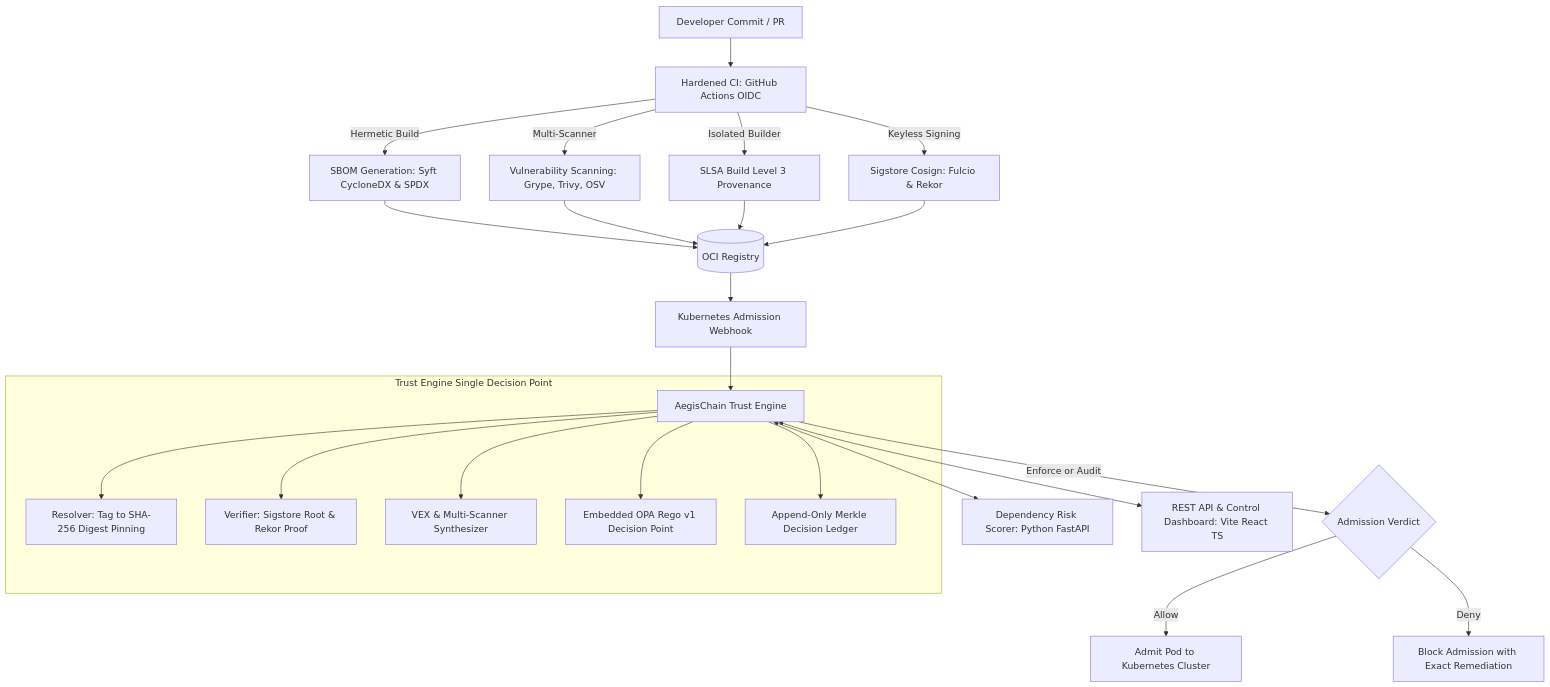
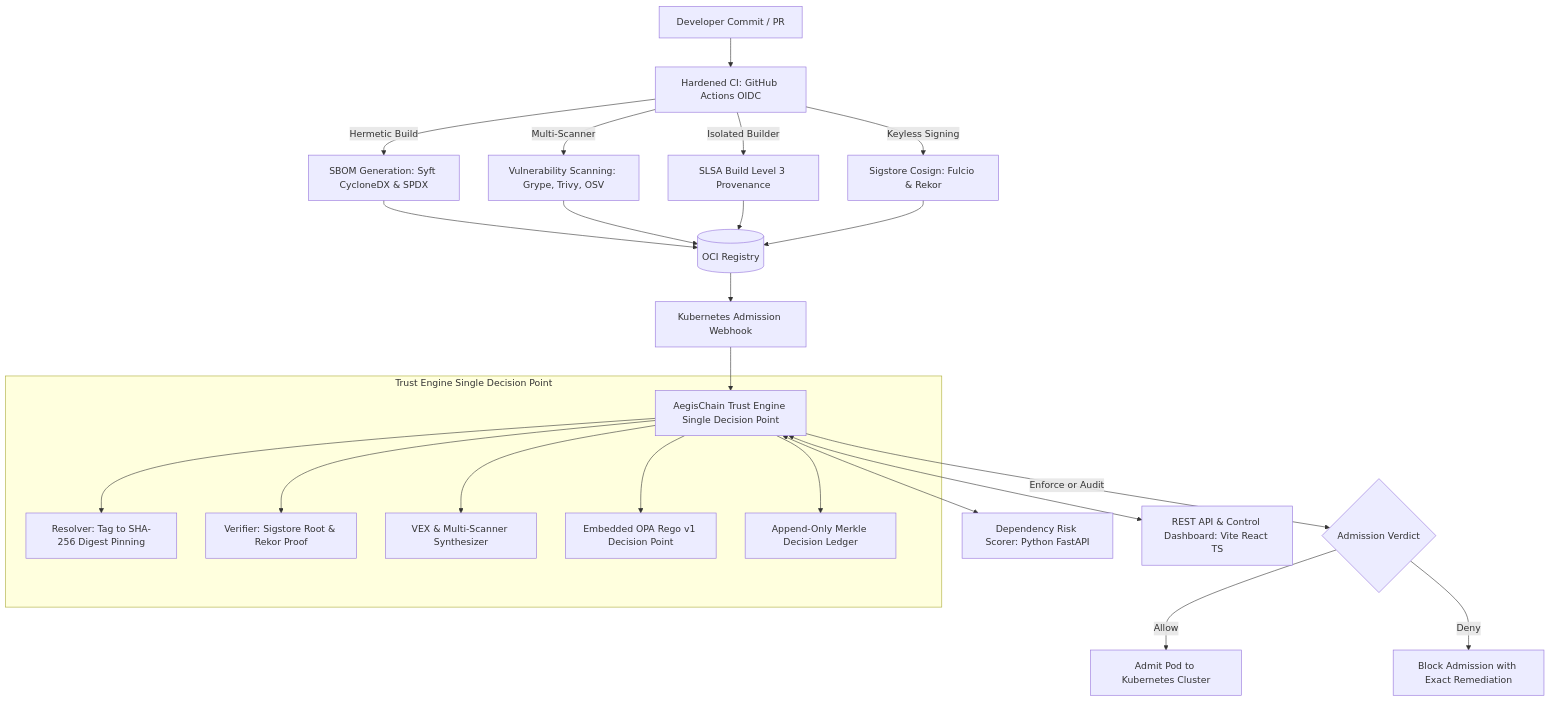
The diagram in README.md (BYTEGUARDIAN14/AEGISCHAIN), drawn with Mermaid before and after one commit. The commit also changed other lines of this file, not shown here.

````diff
--- a/README.md
+++ b/README.md
@@ -29,31 +33,31 @@
 ```mermaid
 graph TD
     A[Developer Commit / PR] --> B[Hardened CI: GitHub Actions OIDC]
     B -->|Hermetic Build| C[SBOM Generation: Syft CycloneDX & SPDX]
     B -->|Multi-Scanner| D[Vulnerability Scanning: Grype, Trivy, OSV]
     B -->|Isolated Builder| E[SLSA Build Level 3 Provenance]
     B -->|Keyless Signing| F[Sigstore Cosign: Fulcio & Rekor]
     
     C --> G[(OCI Registry)]
     D --> G
     E --> G
     F --> G
     
     G --> H[Kubernetes Admission Webhook]
-    H --> I[AegisChain Trust Engine]
+    H --> I[AegisChain Trust Engine Single Decision Point]
     
     subgraph Trust Engine Single Decision Point
         I --> J[Resolver: Tag to SHA-256 Digest Pinning]
         I --> K[Verifier: Sigstore Root & Rekor Proof]
         I --> L[VEX & Multi-Scanner Synthesizer]
         I --> M[Embedded OPA Rego v1 Decision Point]
         I --> N[Append-Only Merkle Decision Ledger]
     end
     
     I <--> P[Dependency Risk Scorer: Python FastAPI]
     I <--> Q[REST API & Control Dashboard: Vite React TS]
     
     I -->|Enforce or Audit| R{Admission Verdict}
     R -->|Allow| S[Admit Pod to Kubernetes Cluster]
     R -->|Deny| T[Block Admission with Exact Remediation]
 ```
````
